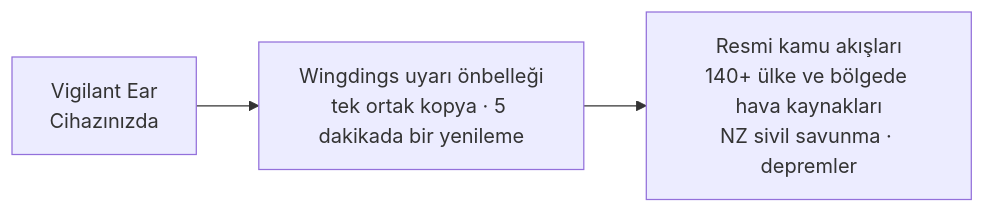
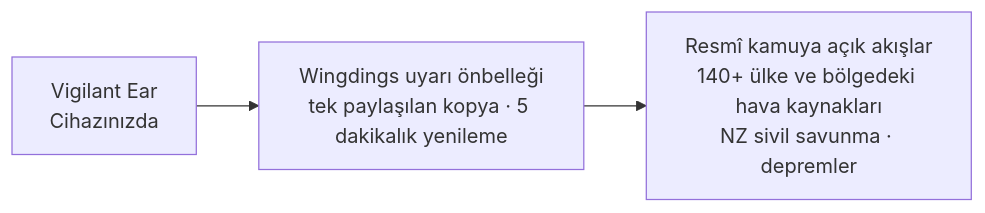
One commit to rpalm01-star/VigilantEarLegal changed the fourth of 4 diagrams in README_tr.md. Above: the diagram before and after it, drawn with Mermaid. The commit also changed other lines of this file and 14 other files, not shown here.

````diff
--- a/README_tr.md
+++ b/README_tr.md
@@ -182,5 +201,5 @@
 ```mermaid
 graph LR
-    P1["Vigilant Ear<br/>Cihazınızda"] --> W["Wingdings uyarı önbelleği<br/>tek ortak kopya · 5 dakikada bir yenileme"]
-    W --> N["Resmi kamu akışları<br/>140+ ülke ve bölgede hava kaynakları<br/>NZ sivil savunma · depremler"]
+    P1["Vigilant Ear<br/>Cihazınızda"] --> W["Wingdings uyarı önbelleği<br/>tek paylaşılan kopya · 5 dakikalık yenileme"]
+    W --> N["Resmî kamuya açık akışlar<br/>140+ ülke ve bölgedeki hava kaynakları<br/>NZ sivil savunma · depremler"]
 ```
````
